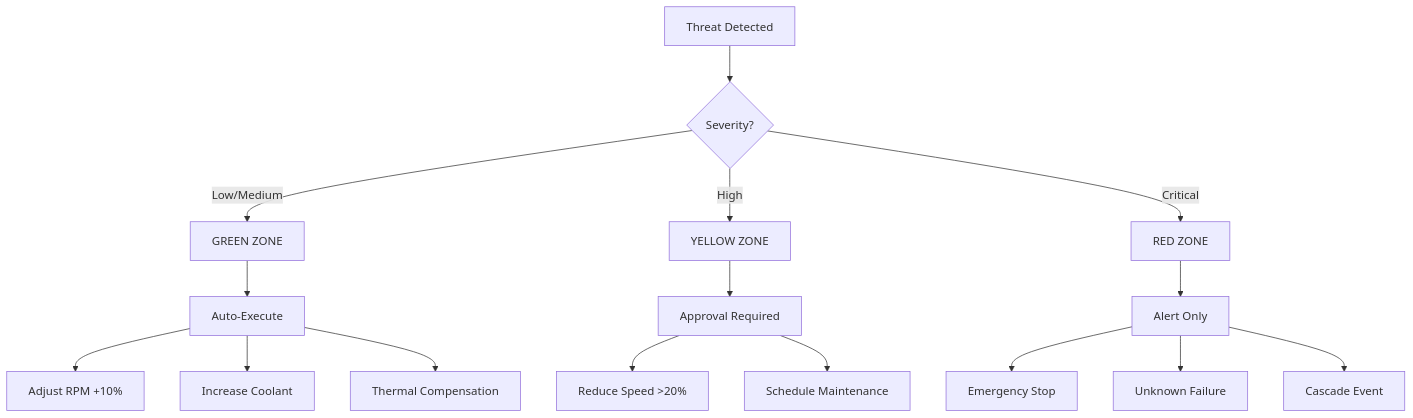
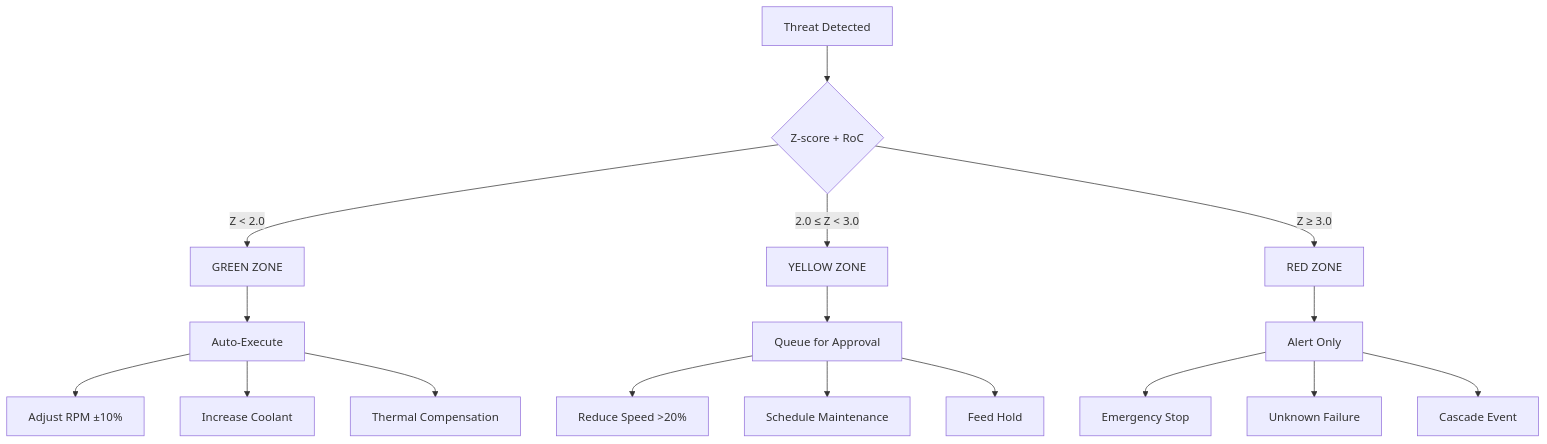
One commit to AngelP17/YieldOps changed the third of 4 diagrams in aegis/ARCHITECTURE.md. Above: the diagram before and after it, drawn with Mermaid. The commit also changed other lines of this file and 11 other files, not shown here.

First line of the commit message:
docs: Update architecture docs and real data priority handling

````diff
--- a/aegis/ARCHITECTURE.md
+++ b/aegis/ARCHITECTURE.md
@@ -137,22 +195,23 @@
 ```mermaid
 flowchart TD
-    A[Threat Detected] --> B{Severity?}
+    A[Threat Detected] --> B{Z-score + RoC}
     
-    B -->|Low/Medium| C[GREEN ZONE]
-    B -->|High| D[YELLOW ZONE]
-    B -->|Critical| E[RED ZONE]
+    B -->|Z < 2.0| C[GREEN ZONE]
+    B -->|2.0 ≤ Z < 3.0| D[YELLOW ZONE]
+    B -->|Z ≥ 3.0| E[RED ZONE]
     
     C --> C1[Auto-Execute]
-    C1 --> C2[Adjust RPM +10%]
+    C1 --> C2[Adjust RPM ±10%]
     C1 --> C3[Increase Coolant]
     C1 --> C4[Thermal Compensation]
     
-    D --> D1[Approval Required]
+    D --> D1[Queue for Approval]
     D1 --> D2[Reduce Speed >20%]
     D1 --> D3[Schedule Maintenance]
+    D1 --> D4[Feed Hold]
     
     E --> E1[Alert Only]
     E1 --> E2[Emergency Stop]
     E1 --> E3[Unknown Failure]
     E1 --> E4[Cascade Event]
 ```
````
